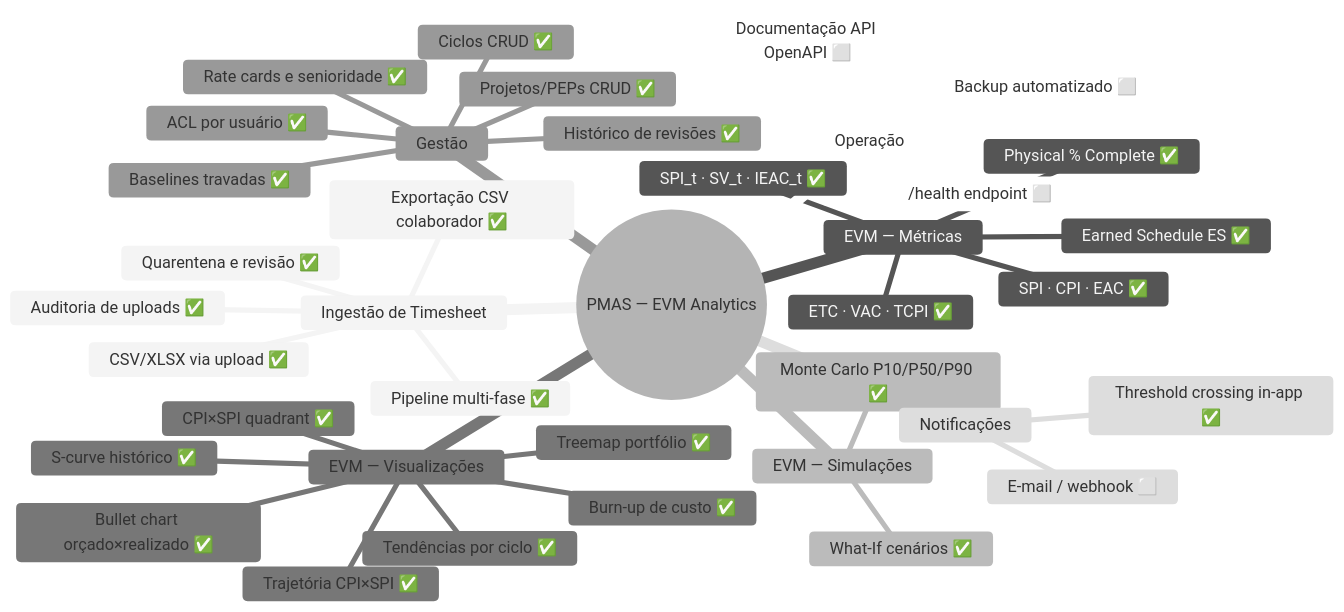
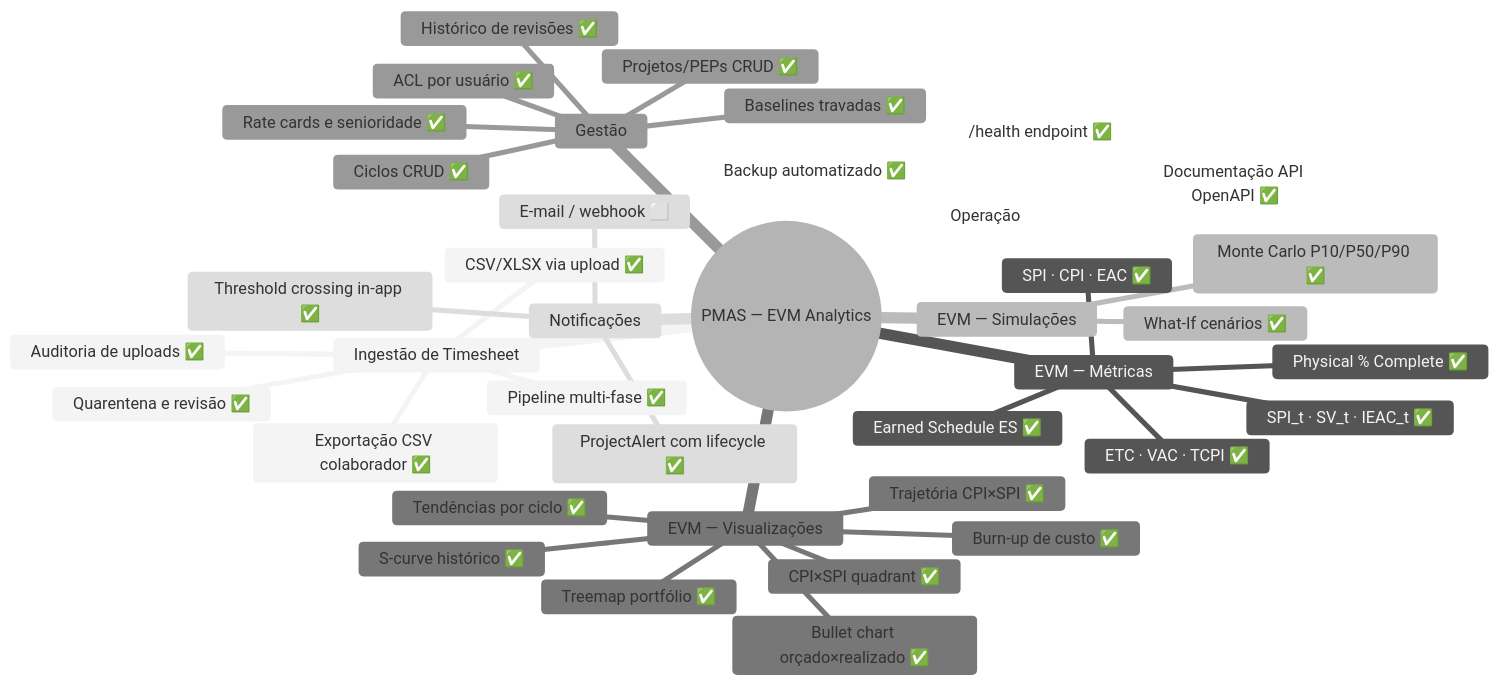
Before and after one commit to RtaSistemas/PMAS: the fifth of 8 diagrams in docs/MASTER-AUDIT.md, drawn with Mermaid (neutral theme). The commit also changed other lines of this file and 6 other files, not shown here.

````diff
--- a/docs/MASTER-AUDIT.md
+++ b/docs/MASTER-AUDIT.md
@@ -577,41 +578,42 @@
 ```mermaid
 mindmap
   root((PMAS — EVM Analytics))
     Ingestão de Timesheet
       CSV/XLSX via upload ✅
       Pipeline multi-fase ✅
       Quarentena e revisão ✅
       Auditoria de uploads ✅
       Exportação CSV colaborador ✅
     EVM — Métricas
       SPI · CPI · EAC ✅
       ETC · VAC · TCPI ✅
       Earned Schedule ES ✅
       SPI_t · SV_t · IEAC_t ✅
       Physical % Complete ✅
     EVM — Simulações
       What-If cenários ✅
       Monte Carlo P10/P50/P90 ✅
     EVM — Visualizações
       Treemap portfólio ✅
       Bullet chart orçado×realizado ✅
       CPI×SPI quadrant ✅
       S-curve histórico ✅
       Burn-up de custo ✅
       Trajetória CPI×SPI ✅
       Tendências por ciclo ✅
     Gestão
       Projetos/PEPs CRUD ✅
       Ciclos CRUD ✅
       Rate cards e senioridade ✅
       Baselines travadas ✅
       Histórico de revisões ✅
       ACL por usuário ✅
     Notificações
       Threshold crossing in-app ✅
+      ProjectAlert com lifecycle ✅
       E-mail / webhook ⬜
     Operação
-      /health endpoint ⬜
-      Backup automatizado ⬜
-      Documentação API OpenAPI ⬜
+      /health endpoint ✅
+      Backup automatizado ✅
+      Documentação API OpenAPI ✅
 ```
````
